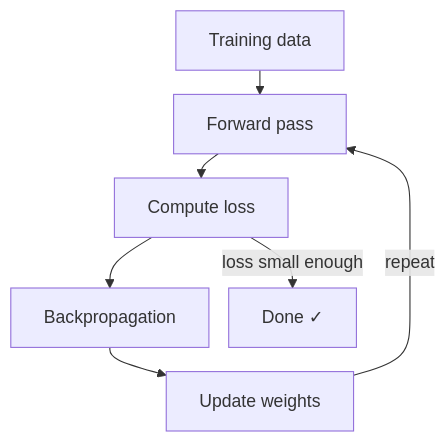
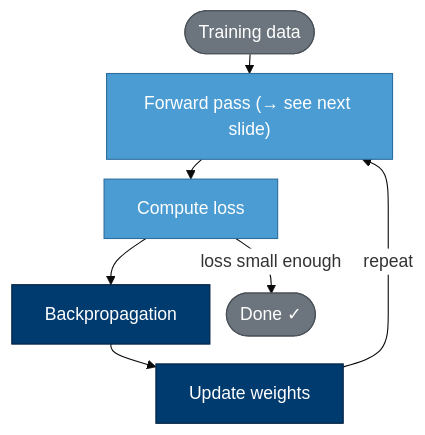
The first of 8 diagrams in _intro.qmd (Cambridge-ICCS/GenAI-teaching), drawn with Mermaid before and after one commit. The commit also changed other lines of this file, not shown here.

Commit message:
update existing and add agents slide

````diff
--- a/_intro.qmd
+++ b/_intro.qmd
@@ -16,10 +16,18 @@
 ```{mermaid}
-%%{init: {"flowchart": {"nodeSpacing": 18, "rankSpacing": 22}}}%%
+%%{init: {"flowchart": {"nodeSpacing": 15, "rankSpacing": 18}, "theme": "base", "themeVariables": {"edgeLabelBackground": "#ffffff"}}}%%
 flowchart TD
-    A[Training data] --> B[Forward pass]
+    A([Training data]) --> B["Forward pass (→ see next slide)"]
     B --> C[Compute loss]
     C --> D[Backpropagation]
     D --> E[Update weights]
     E -->|repeat| B
-    C -->|loss small enough| F[Done ✓]
+    C -->|loss small enough| F([Done ✓])
+
+    classDef io     fill:#6c757d,stroke:#495057,color:#fff
+    classDef step   fill:#4b9cd3,stroke:#2c6e9e,color:#fff
+    classDef key    fill:#003b6f,stroke:#001f3f,color:#fff
+
+    class A,F io
+    class B,C step
+    class D,E key
 ```
````
